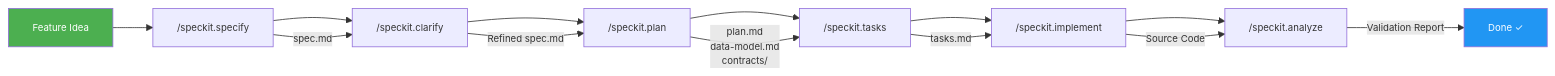
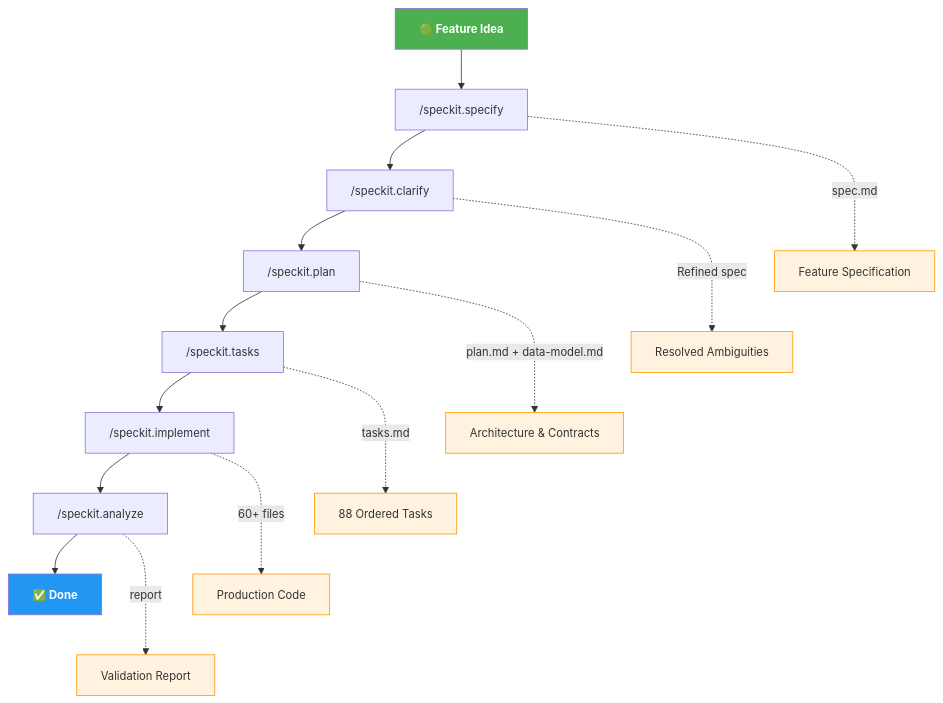
The diagram in docs/index.md (ibranibeny/Overview-Github-Spec-kit), drawn with Mermaid before and after one commit. The commit also changed other lines of this file, not shown here.

Commit message:
fix: enlarge mermaid pipeline diagram (TD layout, 14px, artifact nodes)

````diff
--- a/docs/index.md
+++ b/docs/index.md
@@ -30,20 +36,22 @@
 ```mermaid
-%%{init: {'theme': 'default', 'themeVariables': {'fontSize': '12px'}}}%%
-flowchart LR
-    A[Feature Idea] --> B["/speckit.specify"]
+%%{init: {'theme': 'default', 'themeVariables': {'fontSize': '14px'}}}%%
+flowchart TD
+    A["🟢 Feature Idea"]:::start --> B["/speckit.specify"]
     B --> C["/speckit.clarify"]
     C --> D["/speckit.plan"]
     D --> E["/speckit.tasks"]
     E --> F["/speckit.implement"]
     F --> G["/speckit.analyze"]
+    G --> H["✅ Done"]:::done
 
-    B -->|spec.md| C
-    C -->|Refined spec.md| D
-    D -->|plan.md\ndata-model.md\ncontracts/| E
-    E -->|tasks.md| F
-    F -->|Source Code| G
-    G -->|Validation Report| H[Done ✓]
+    B -..->|"spec.md"| B1["Feature Specification"]:::artifact
+    C -..->|"Refined spec"| C1["Resolved Ambiguities"]:::artifact
+    D -..->|"plan.md + data-model.md"| D1["Architecture & Contracts"]:::artifact
+    E -..->|"tasks.md"| E1["88 Ordered Tasks"]:::artifact
+    F -..->|"60+ files"| F1["Production Code"]:::artifact
+    G -..->|"report"| G1["Validation Report"]:::artifact
 
-    style A fill:#4CAF50,color:#fff
-    style H fill:#2196F3,color:#fff
+    classDef start fill:#4CAF50,color:#fff,font-weight:bold
+    classDef done fill:#2196F3,color:#fff,font-weight:bold
+    classDef artifact fill:#FFF3E0,stroke:#FF9800,color:#333
 ```
````
